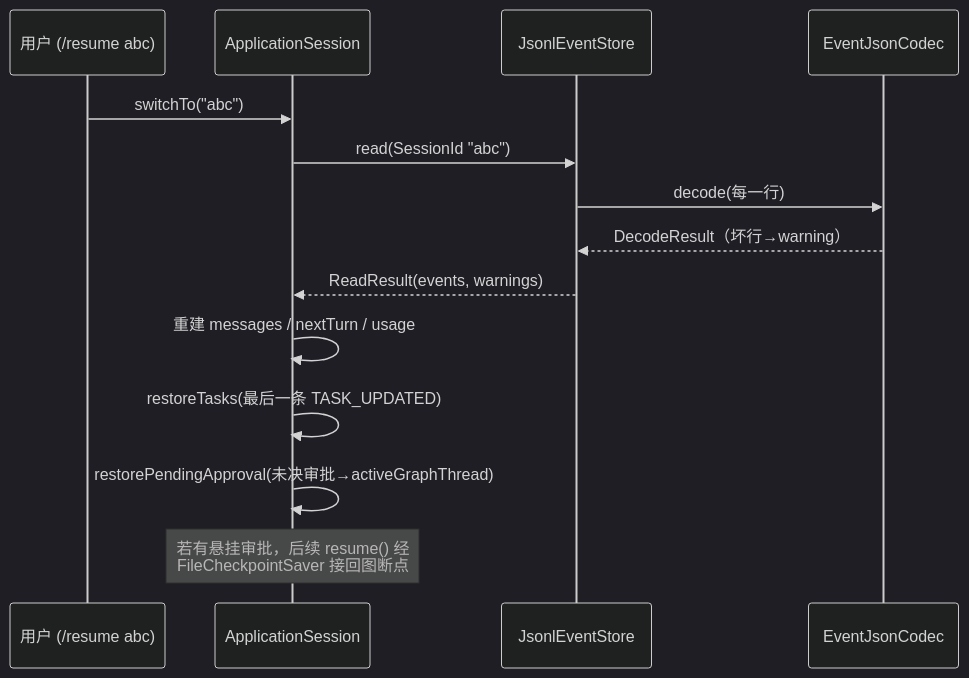
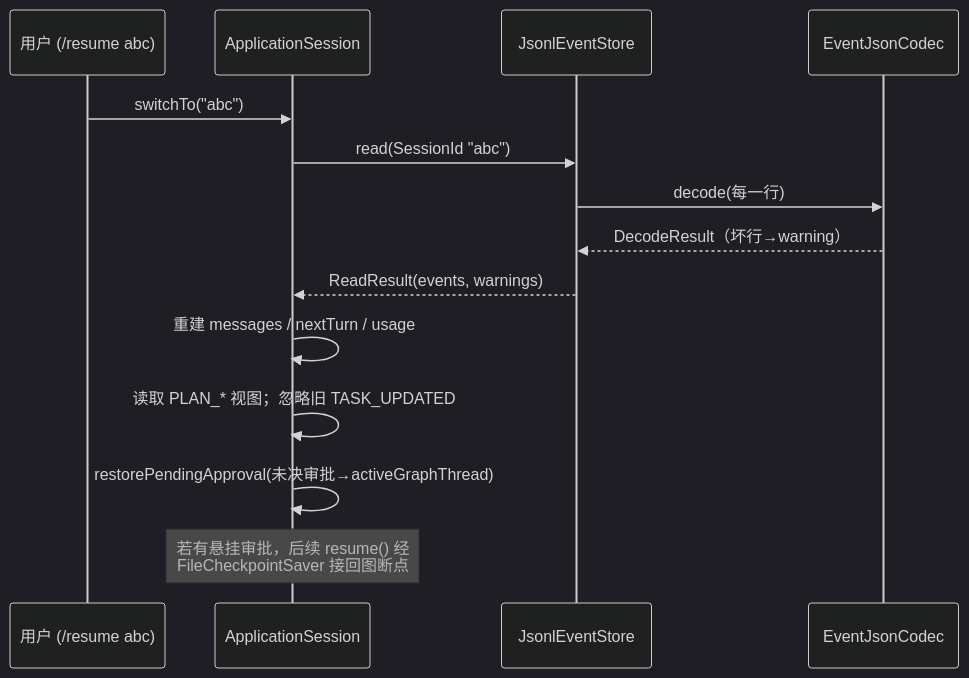
The diagram in docs/tutorial/08-persistence-and-config.md (ailashi-126066/miniclaudecode), drawn with Mermaid (dark theme) before and after one commit. The commit also changed other lines of this file and 106 other files, not shown here.

````diff
--- a/docs/tutorial/08-persistence-and-config.md
+++ b/docs/tutorial/08-persistence-and-config.md
@@ -175,16 +177,16 @@
 ```mermaid
 sequenceDiagram
     participant U as 用户 (/resume abc)
     participant S as ApplicationSession
     participant E as JsonlEventStore
     participant C as EventJsonCodec
     U->>S: switchTo("abc")
     S->>E: read(SessionId "abc")
     E->>C: decode(每一行)
     C-->>E: DecodeResult（坏行→warning）
     E-->>S: ReadResult(events, warnings)
     S->>S: 重建 messages / nextTurn / usage
-    S->>S: restoreTasks(最后一条 TASK_UPDATED)
+    S->>S: 读取 PLAN_* 视图；忽略旧 TASK_UPDATED
     S->>S: restorePendingApproval(未决审批→activeGraphThread)
     Note over S: 若有悬挂审批，后续 resume() 经<br/>FileCheckpointSaver 接回图断点
 ```
````
